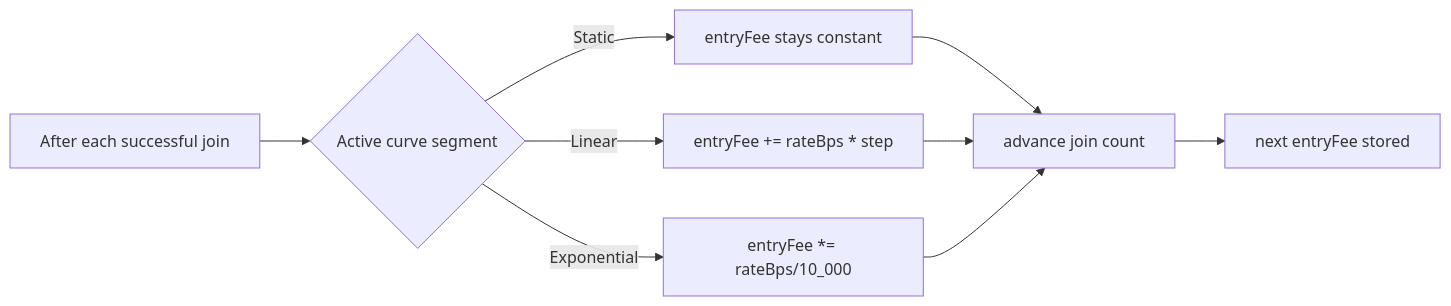
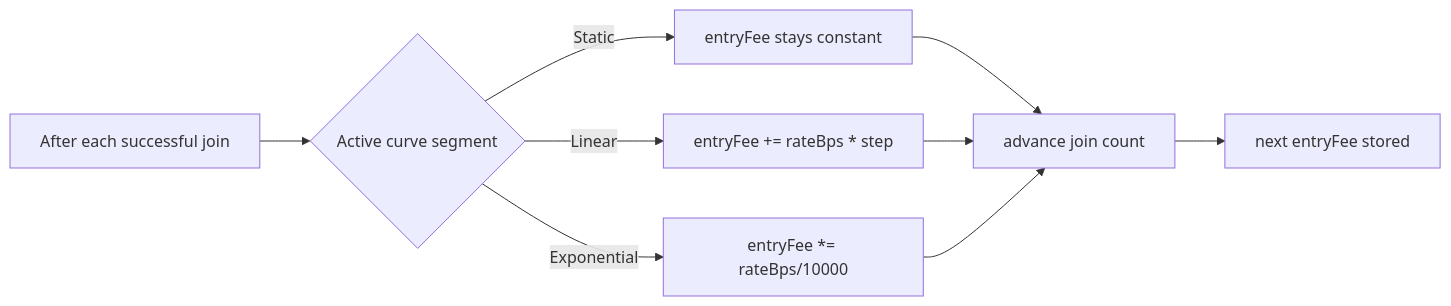
The fifth of 8 diagrams in README.md (templ-fun/evm-protocol), drawn with Mermaid before and after one commit. The commit also changed other lines of this file, not shown here.

Commit message:
improve diagrams

````diff
--- a/README.md
+++ b/README.md
@@ -240,11 +251,11 @@
 ```mermaid
 flowchart LR
   A[After each successful join] --> B{Active curve segment}
   B -->|Static| S[entryFee stays constant]
   B -->|Linear| L[entryFee += rateBps * step]
-  B -->|Exponential| E[entryFee *= rateBps/10_000]
+  B -->|Exponential| E[entryFee *= rateBps/10000]
   S --> C[advance join count]
   L --> C
   E --> C
   C --> D[next entryFee stored]
 ```
````
